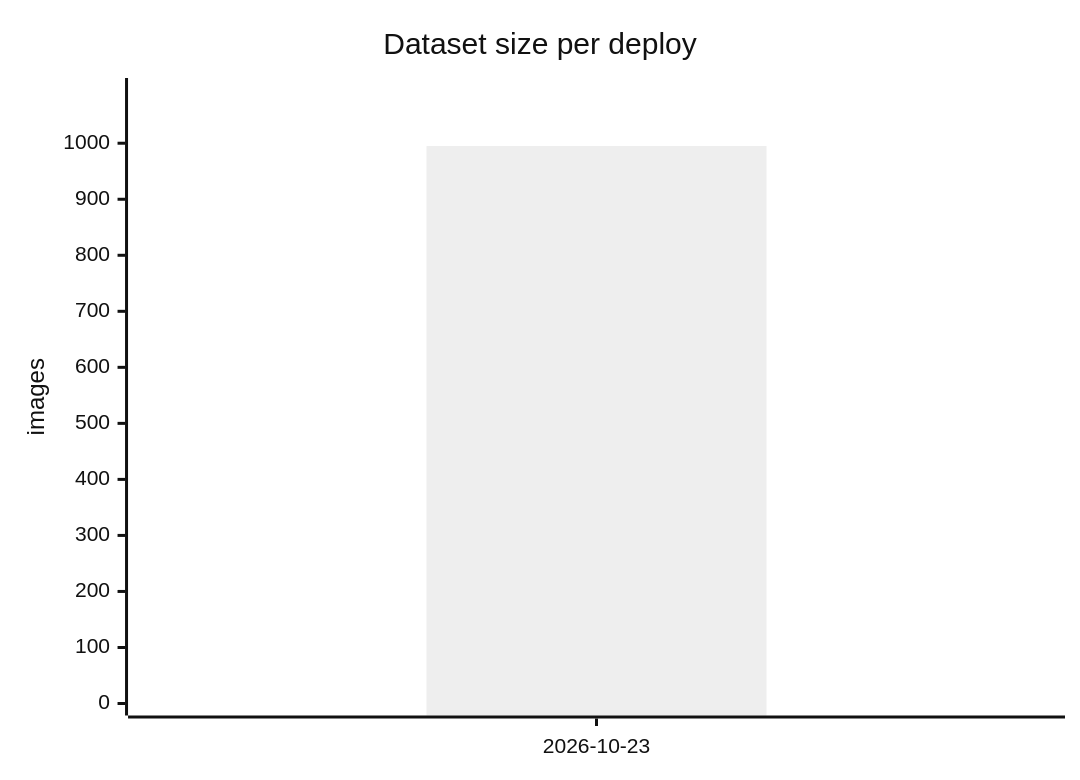
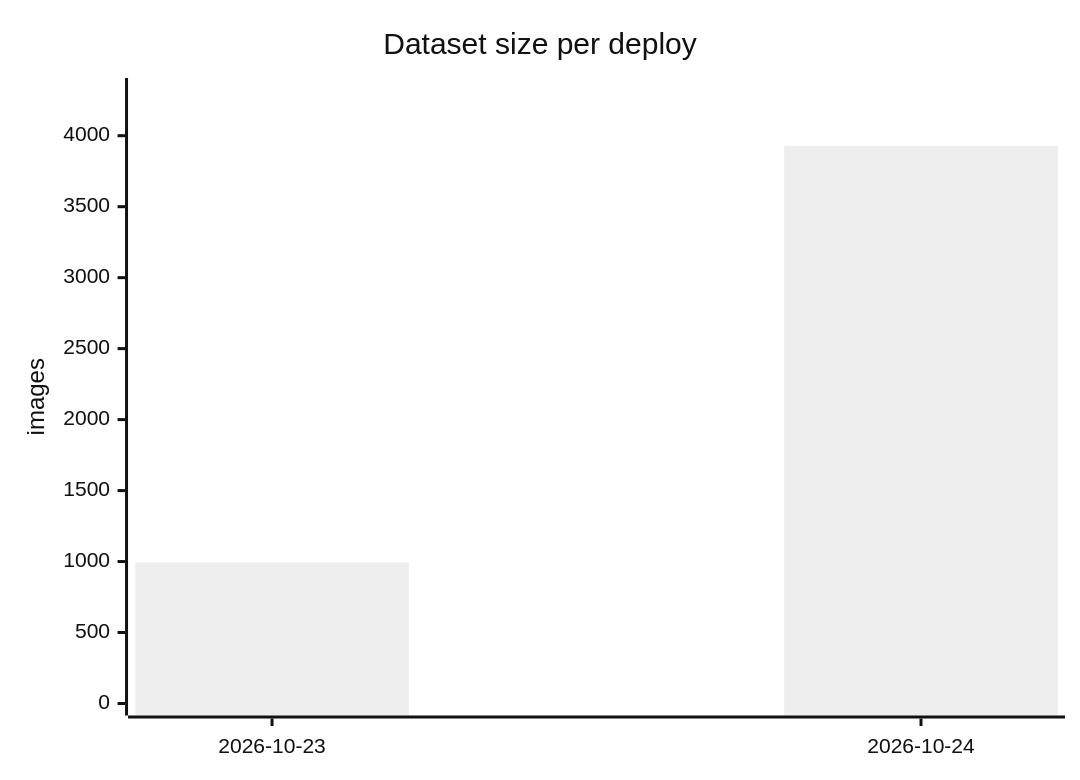
The first of 2 diagrams in training/README.md (vtop-xceed/auto-captcha), drawn with Mermaid (neutral theme) before and after one commit. The commit also changed other lines of this file, not shown here.

Commit message:
chart: 2026-10-24 images=3929 acc=%

````diff
--- a/training/README.md
+++ b/training/README.md
@@ -29,7 +30,7 @@
 ```mermaid
 xychart-beta
     title "Dataset size per deploy"
-    x-axis [2026-10-23]
-    y-axis "images" 0 --> 1095
-    bar [995]
+    x-axis [2026-10-23, 2026-10-24]
+    y-axis "images" 0 --> 4322
+    bar [995, 3929]
 ```
````
